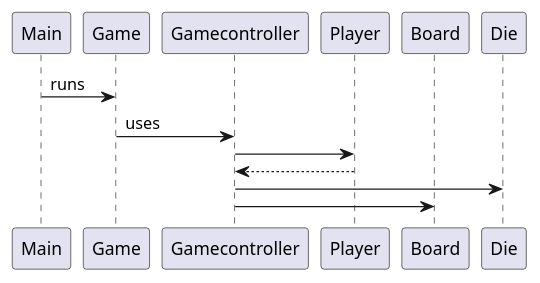
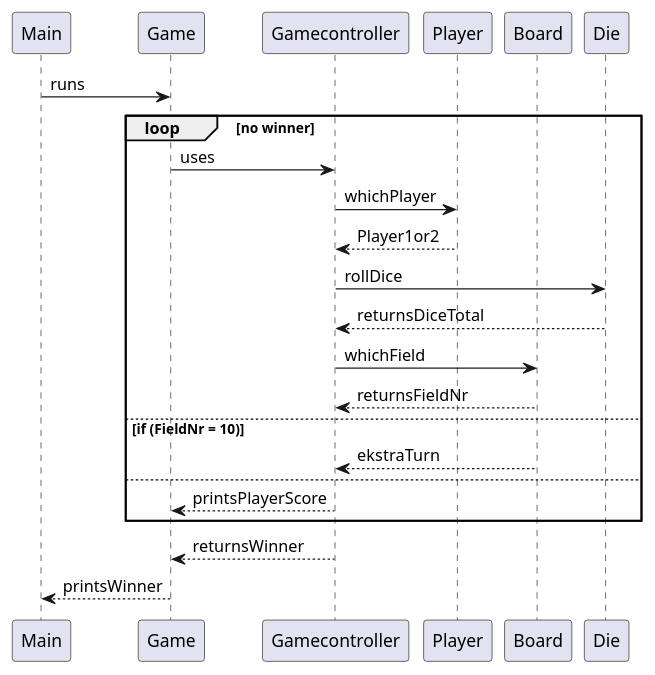
Before and after one commit to fmerlung/G05_del2: the diagram in models/SystemSequenceDiagram.puml, drawn with PlantUML. The commit also changed 1 other file, not shown here.

Commit message:
added a detailed diagram and one following usecase

```diff
--- a/models/SystemSequenceDiagram.puml
+++ b/models/SystemSequenceDiagram.puml
@@ -1,19 +1,30 @@
 @startuml
 
 
 participant Main
 participant Game
 participant Gamecontroller
 participant Player
 participant Board
 participant Die
 
 
 Main -> Game : runs
+loop no winner
 Game -> Gamecontroller : uses
-Gamecontroller -> Player :
-Player --> Gamecontroller : 
-Gamecontroller -> Die
-Gamecontroller -> Board
+Gamecontroller -> Player : whichPlayer
+Player --> Gamecontroller : Player1or2
+Gamecontroller -> Die : rollDice
+Die --> Gamecontroller : returnsDiceTotal
+Gamecontroller -> Board : whichField
+Board --> Gamecontroller : returnsFieldNr
+else if (FieldNr = 10)
+Board --> Gamecontroller : ekstraTurn
+else
+Gamecontroller --> Game : printsPlayerScore
+
+end
+Gamecontroller --> Game : returnsWinner
+Game --> Main : printsWinner
 
 @enduml
```
